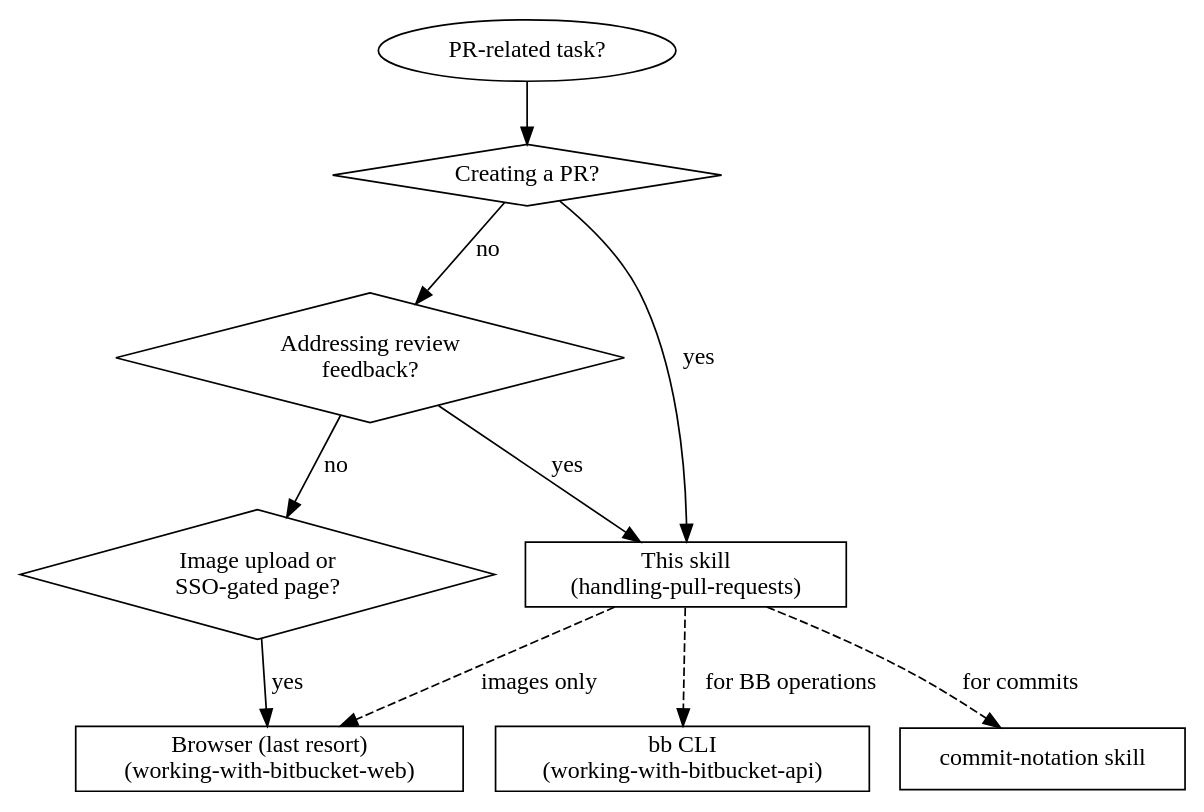
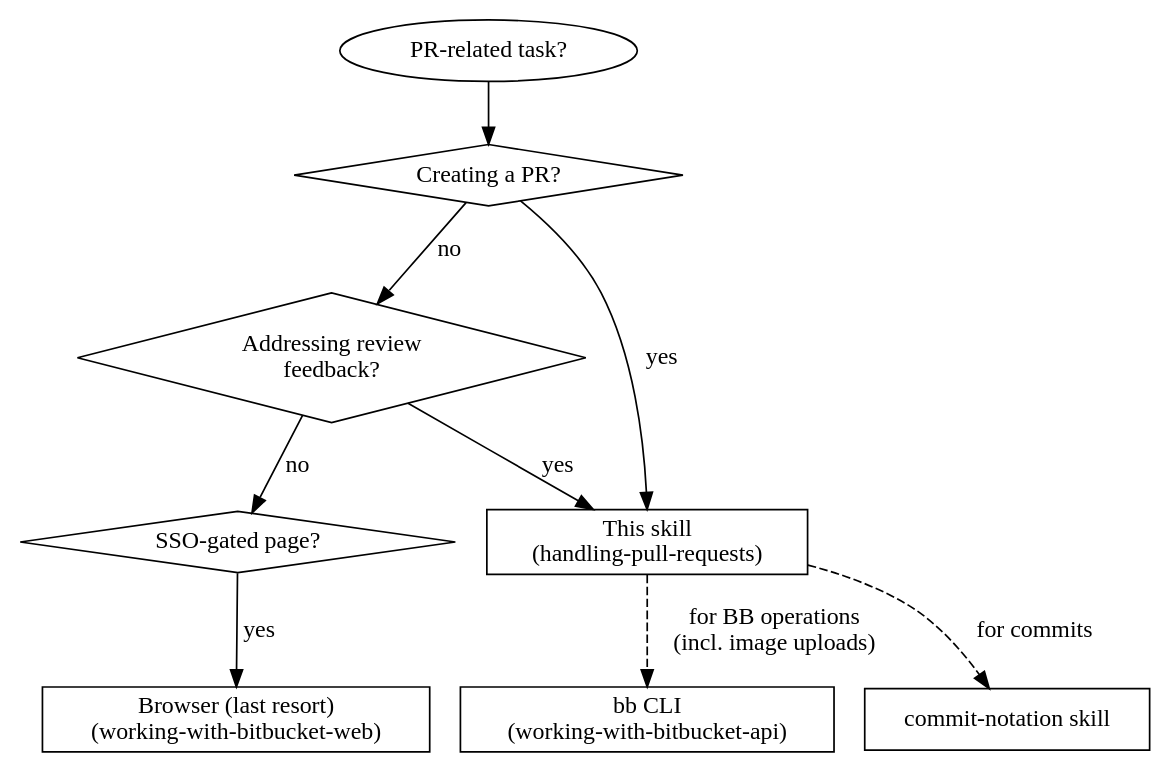
Before and after one commit to quatico-solutions/agent-skills: the diagram in skills/handling-pull-requests/SKILL.md, drawn with Graphviz. The commit also changed other lines of this file and 8 other files, not shown here.

````diff
--- a/skills/handling-pull-requests/SKILL.md
+++ b/skills/handling-pull-requests/SKILL.md
@@ -14,28 +14,27 @@
 ```dot
 digraph pr_workflow {
     rankdir=TB;
     node [shape=diamond];
 
     start [label="PR-related task?" shape=ellipse];
     q1 [label="Creating a PR?"];
     q2 [label="Addressing review\nfeedback?"];
-    q3 [label="Image upload or\nSSO-gated page?"];
+    q3 [label="SSO-gated page?"];
 
     node [shape=box];
     this [label="This skill\n(handling-pull-requests)"];
     bb [label="bb CLI\n(working-with-bitbucket-api)"];
     platform [label="Browser (last resort)\n(working-with-bitbucket-web)"];
     commit [label="commit-notation skill"];
 
     start -> q1;
     q1 -> this [label="yes"];
     q1 -> q2 [label="no"];
     q2 -> this [label="yes"];
     q2 -> q3 [label="no"];
     q3 -> platform [label="yes"];
 
-    this -> bb [label="for BB operations" style=dashed];
+    this -> bb [label="for BB operations\n(incl. image uploads)" style=dashed];
     this -> commit [label="for commits" style=dashed];
-    this -> platform [label="images only" style=dashed];
 }
 ```
````
